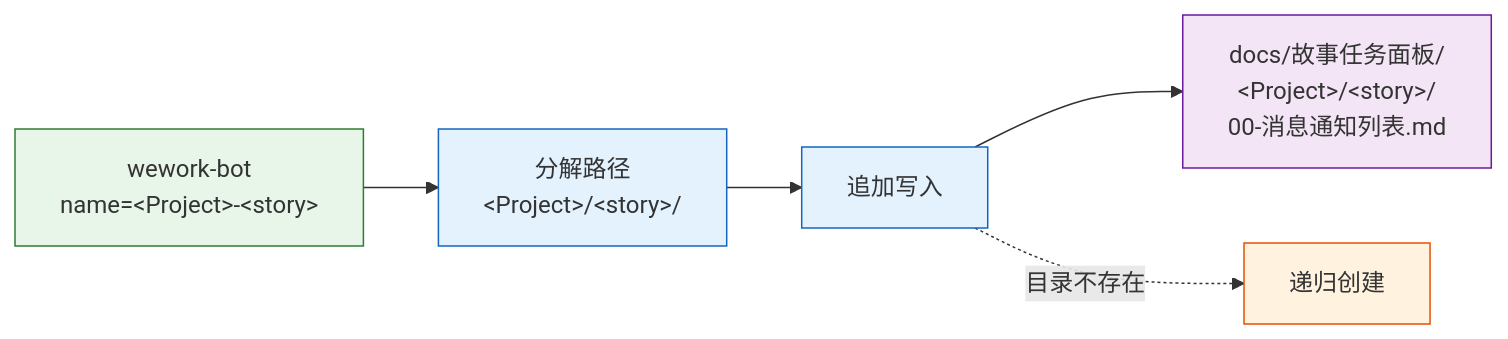
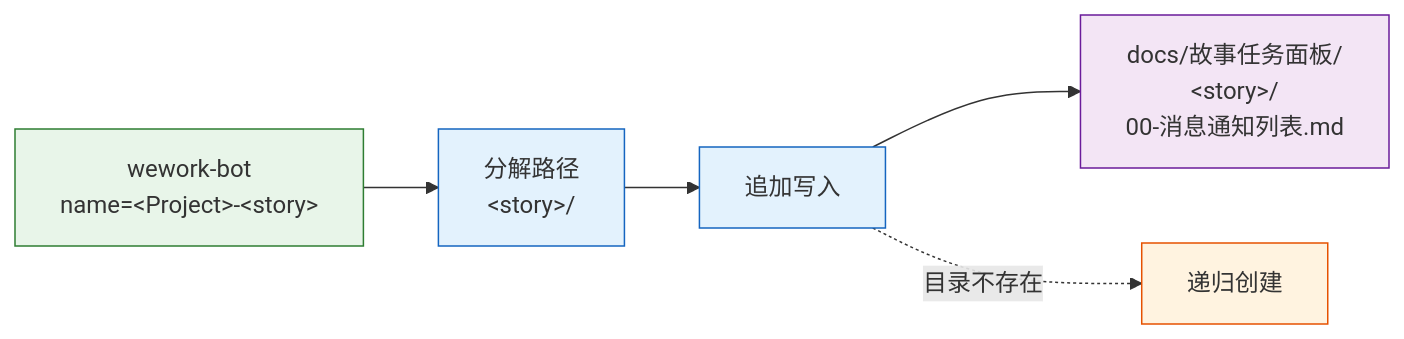
One commit to effiy/YrY changed the fifth of 11 diagrams in skills/wework-bot/SKILL.md. Above: the diagram before and after it, drawn with Mermaid. The commit also changed other lines of this file and 22 other files, not shown here.

````diff
--- a/skills/wework-bot/SKILL.md
+++ b/skills/wework-bot/SKILL.md
@@ -185,13 +181,13 @@
 ```mermaid
 flowchart LR
-    SEND["wework-bot<br/>name=&lt;Project&gt;-&lt;story&gt;"]:::src --> PARSE["分解路径<br/>&lt;Project&gt;/&lt;story&gt;/"]:::op
+    SEND["wework-bot<br/>name=&lt;Project&gt;-&lt;story&gt;"]:::src --> PARSE["分解路径<br/>&lt;story&gt;/"]:::op
     PARSE --> APPEND["追加写入"]:::op
-    APPEND --> FILE["docs/故事任务面板/<br/>&lt;Project&gt;/&lt;story&gt;/<br/>00-消息通知列表.md"]:::file
+    APPEND --> FILE["docs/故事任务面板/<br/>&lt;story&gt;/<br/>00-消息通知列表.md"]:::file
 
     APPEND -.->|"目录不存在"| MKDIR["递归创建"]:::util
 
     classDef src fill:#e8f5e9,stroke:#2e7d32;
     classDef op fill:#e3f2fd,stroke:#1565c0;
     classDef file fill:#f3e5f5,stroke:#6a1b9a;
     classDef util fill:#fff3e0,stroke:#e65100;
 ```
````
